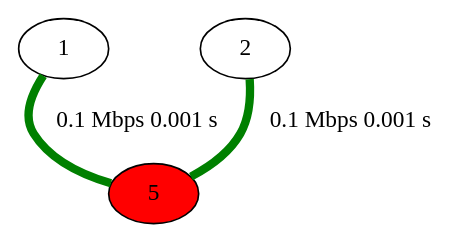
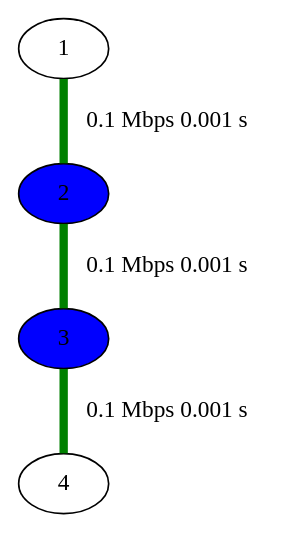
The diagram in network.gv (nonononoka/ntSimulator), drawn with Graphviz before and after one commit. The commit also changed 11 other files, not shown here.

```diff
--- a/network.gv
+++ b/network.gv
@@ -1,22 +1,30 @@
 strict graph {
 
 
 	"1" [  weight=0 ];
 
-	"1" -- "5" [ color="green", label="0.1 Mbps 0.001 s
+	"1" -- "2" [ color="green", label="0.1 Mbps 0.001 s
 ", penwidth="5.00",  weight=0 ];
 
-	"2" [  weight=0 ];
+	"2" [ fillcolor="blue", style="filled",  weight=0 ];
 
-	"2" -- "5" [ color="green", label="0.1 Mbps 0.001 s
+	"2" -- "1" [ color="green", label="0.1 Mbps 0.001 s
 ", penwidth="5.00",  weight=0 ];
 
-	"5" [ fillcolor="red", style="filled",  weight=0 ];
-
-	"5" -- "1" [ color="green", label="0.1 Mbps 0.001 s
+	"2" -- "3" [ color="green", label="0.1 Mbps 0.001 s
 ", penwidth="5.00",  weight=0 ];
 
-	"5" -- "2" [ color="green", label="0.1 Mbps 0.001 s
+	"3" [ fillcolor="blue", style="filled",  weight=0 ];
+
+	"3" -- "2" [ color="green", label="0.1 Mbps 0.001 s
+", penwidth="5.00",  weight=0 ];
+
+	"3" -- "4" [ color="green", label="0.1 Mbps 0.001 s
+", penwidth="5.00",  weight=0 ];
+
+	"4" [  weight=0 ];
+
+	"4" -- "3" [ color="green", label="0.1 Mbps 0.001 s
 ", penwidth="5.00",  weight=0 ];
 
 }
```
